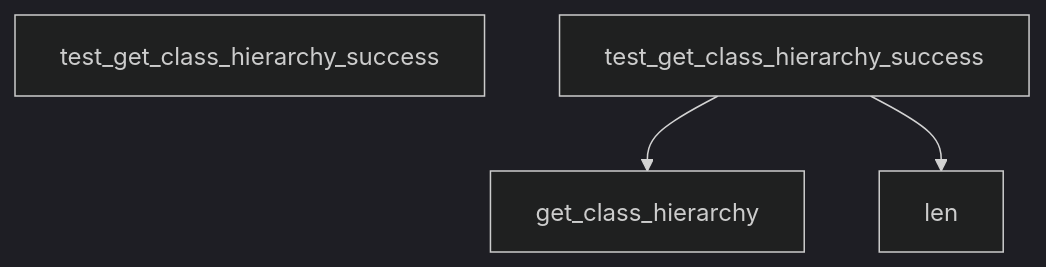
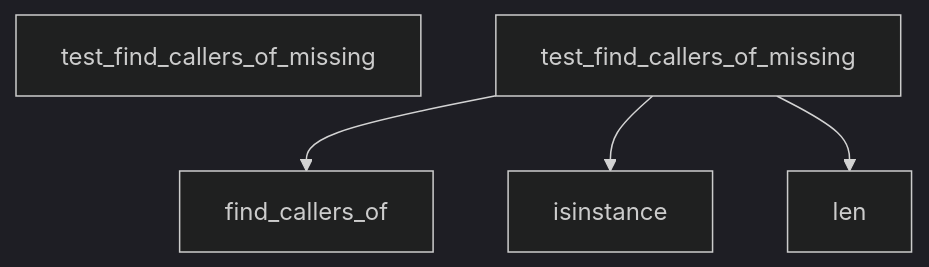
Diagram 24 of 27 in docs/DATA_FLOW.md (hazalkoom/DECODEx01), drawn with Mermaid (dark theme) before and after one commit. The commit also changed other lines of this file and 12 other files, not shown here.

````diff
--- a/docs/DATA_FLOW.md
+++ b/docs/DATA_FLOW.md
@@ -907,13 +811,17 @@
 ```mermaid
 graph TD
-    Start[test_get_class_hierarchy_success]
+    Start[test_find_callers_of_missing]
 
 
-    test_get_class_hierarchy_success --> get_class_hierarchy
+    test_find_callers_of_missing --> find_callers_of
 
 
 
-    test_get_class_hierarchy_success --> len
+    test_find_callers_of_missing --> isinstance
+
+
+
+    test_find_callers_of_missing --> len
 
 
 ```
````
